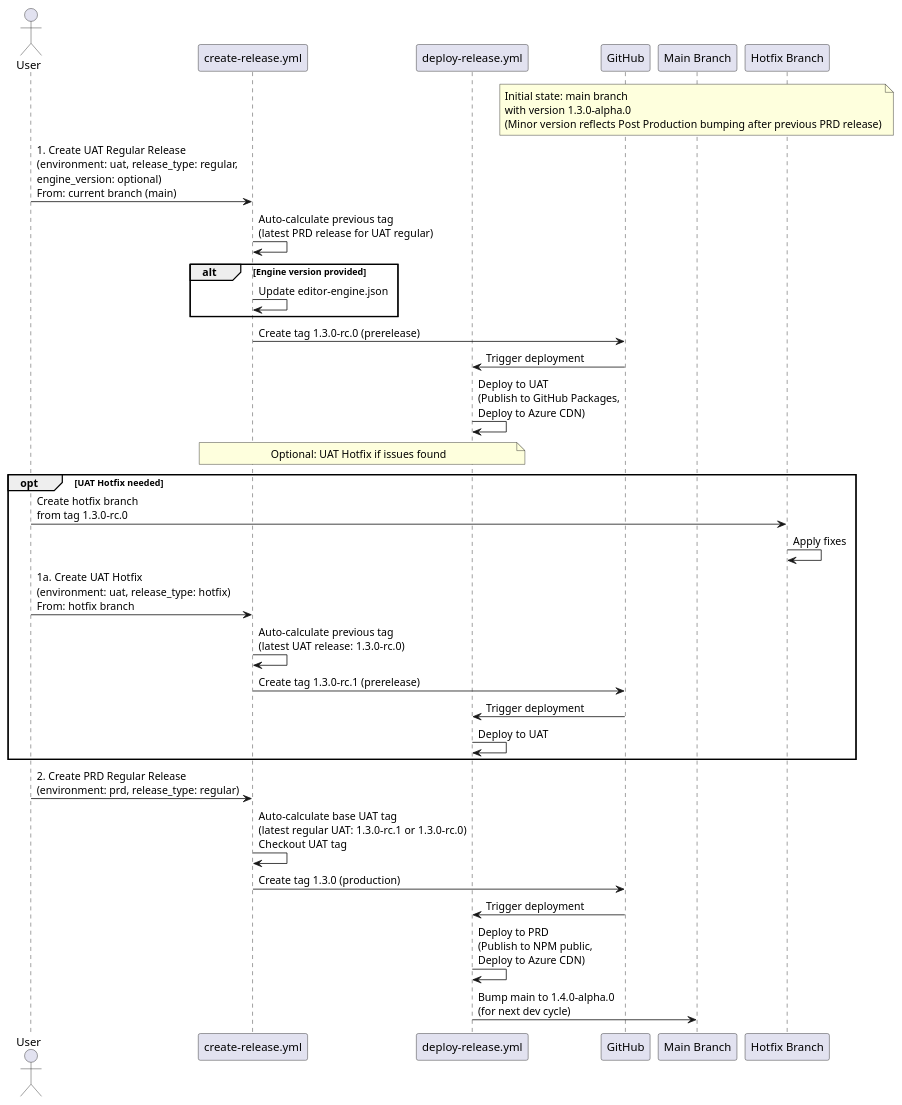
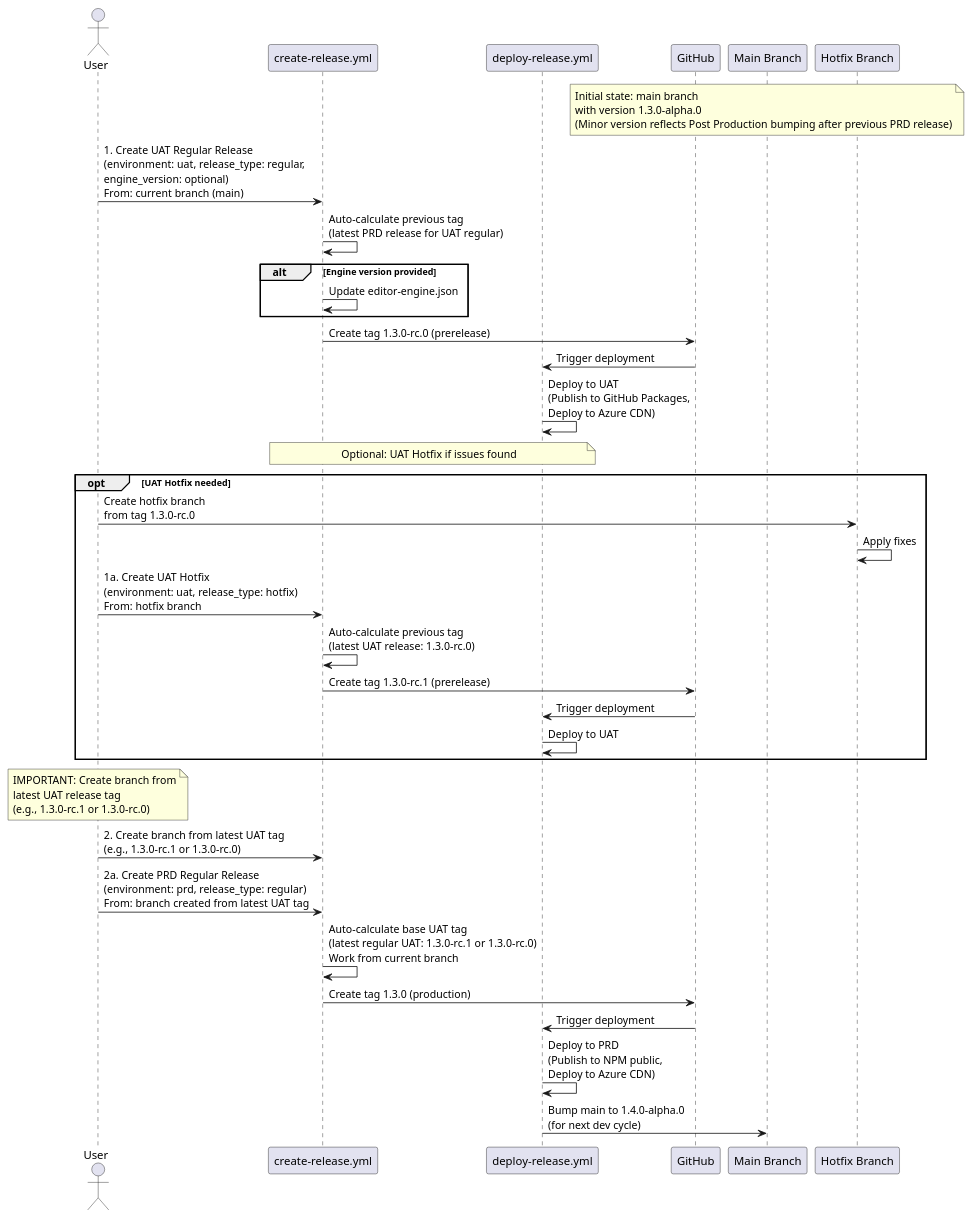
The first of 2 diagrams in RELEASE_PIPELINE.md (chili-publish/studio-sdk), drawn with PlantUML before and after one commit. The commit also changed other lines of this file and 1 other file, not shown here.

Commit message:
chore: simplify version bumping

````diff
--- a/RELEASE_PIPELINE.md
+++ b/RELEASE_PIPELINE.md
@@ -5,41 +5,43 @@
 ```plantuml
 @startuml
 actor User
 participant "create-release.yml" as CreateRelease
 participant "deploy-release.yml" as DeployRelease
 participant "GitHub" as GitHub
 participant "Main Branch" as Main
 participant "Hotfix Branch" as HotfixBranch
 
 note over Main: Initial state: main branch\nwith version 1.3.0-alpha.0\n(Minor version reflects Post Production bumping after previous PRD release)
 
 User -> CreateRelease: 1. Create UAT Regular Release\n(environment: uat, release_type: regular,\nengine_version: optional)\nFrom: current branch (main)
 CreateRelease -> CreateRelease: Auto-calculate previous tag\n(latest PRD release for UAT regular)
 alt Engine version provided
     CreateRelease -> CreateRelease: Update editor-engine.json
 end
 CreateRelease -> GitHub: Create tag 1.3.0-rc.0 (prerelease)
 GitHub -> DeployRelease: Trigger deployment
 DeployRelease -> DeployRelease: Deploy to UAT\n(Publish to GitHub Packages,\nDeploy to Azure CDN)
 
 note over CreateRelease,DeployRelease: Optional: UAT Hotfix if issues found
 
 opt UAT Hotfix needed
     User -> HotfixBranch: Create hotfix branch\nfrom tag 1.3.0-rc.0
     HotfixBranch -> HotfixBranch: Apply fixes
     User -> CreateRelease: 1a. Create UAT Hotfix\n(environment: uat, release_type: hotfix)\nFrom: hotfix branch
     CreateRelease -> CreateRelease: Auto-calculate previous tag\n(latest UAT release: 1.3.0-rc.0)
     CreateRelease -> GitHub: Create tag 1.3.0-rc.1 (prerelease)
     GitHub -> DeployRelease: Trigger deployment
     DeployRelease -> DeployRelease: Deploy to UAT
 end
 
-User -> CreateRelease: 2. Create PRD Regular Release\n(environment: prd, release_type: regular)
-CreateRelease -> CreateRelease: Auto-calculate base UAT tag\n(latest regular UAT: 1.3.0-rc.1 or 1.3.0-rc.0)\nCheckout UAT tag
+note over User: IMPORTANT: Create branch from\nlatest UAT release tag\n(e.g., 1.3.0-rc.1 or 1.3.0-rc.0)
+User -> CreateRelease: 2. Create branch from latest UAT tag\n(e.g., 1.3.0-rc.1 or 1.3.0-rc.0)
+User -> CreateRelease: 2a. Create PRD Regular Release\n(environment: prd, release_type: regular)\nFrom: branch created from latest UAT tag
+CreateRelease -> CreateRelease: Auto-calculate base UAT tag\n(latest regular UAT: 1.3.0-rc.1 or 1.3.0-rc.0)\nWork from current branch
 CreateRelease -> GitHub: Create tag 1.3.0 (production)
 GitHub -> DeployRelease: Trigger deployment
 DeployRelease -> DeployRelease: Deploy to PRD\n(Publish to NPM public,\nDeploy to Azure CDN)
 DeployRelease -> Main: Bump main to 1.4.0-alpha.0\n(for next dev cycle)
 
 @enduml
 ```
````
